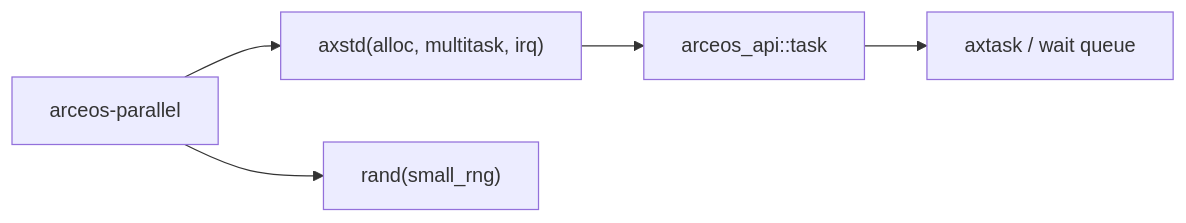
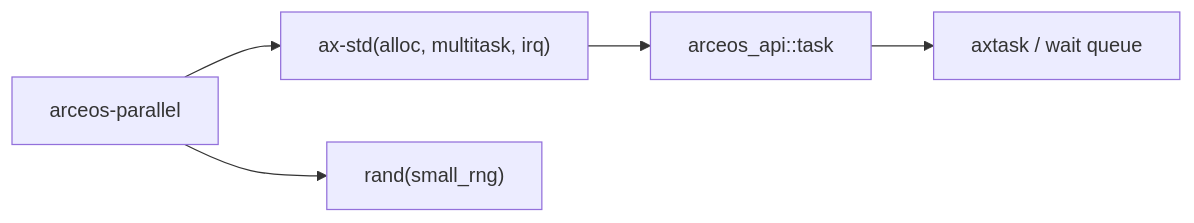
Before and after one commit to rcore-os/tgoskits: the second of 2 diagrams in docs/crates/arceos-parallel.md, drawn with Mermaid. The commit also changed other lines of this file and 153 other files, not shown here.

Commit message:
rename axstd to ax-std

````diff
--- a/docs/crates/arceos-parallel.md
+++ b/docs/crates/arceos-parallel.md
@@ -75,7 +75,7 @@
 ```mermaid
 graph LR
-    test["arceos-parallel"] --> axstd["axstd(alloc, multitask, irq)"]
+    test["arceos-parallel"] --> ax-std["ax-std(alloc, multitask, irq)"]
     test --> rand["rand(small_rng)"]
-    axstd --> arceos_api["arceos_api::task"]
+    ax-std --> arceos_api["arceos_api::task"]
     arceos_api --> axtask["axtask / wait queue"]
 ```
````
